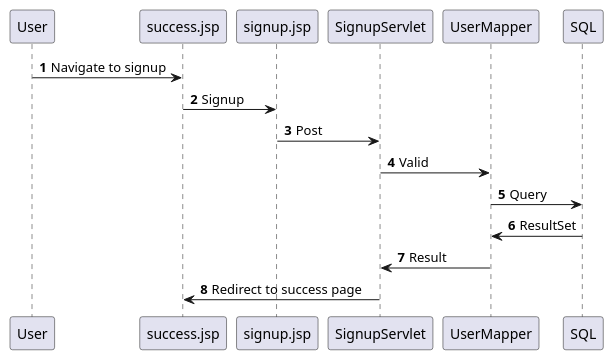
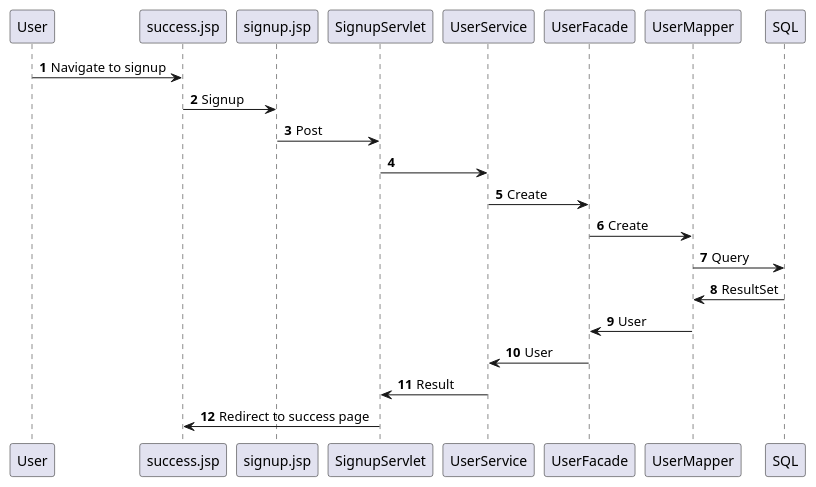
Before and after one commit to HeinLarsen/fog-carport: the diagram in documentation/SqCustomerSignup.puml, drawn with PlantUML. The commit also changed 5 other files, not shown here.

Commit message:
Fixed NavigationsDiagrammer

```diff
--- a/documentation/SqCustomerSignup.puml
+++ b/documentation/SqCustomerSignup.puml
@@ -1,15 +1,19 @@
 @startuml
 'https://plantuml.com/sequence-diagram
 
 autonumber
 
 User -> success.jsp: Navigate to signup
 success.jsp -> signup.jsp: Signup
 signup.jsp -> SignupServlet: Post
-SignupServlet -> UserMapper: Valid
+SignupServlet -> UserService
+UserService -> UserFacade: Create
+UserFacade -> UserMapper: Create
 UserMapper -> SQL: Query
 SQL -> UserMapper: ResultSet
-UserMapper -> SignupServlet: Result
+UserMapper -> UserFacade: User
+UserFacade -> UserService: User
+UserService -> SignupServlet: Result
 SignupServlet -> success.jsp: Redirect to success page
 
 @enduml
```
